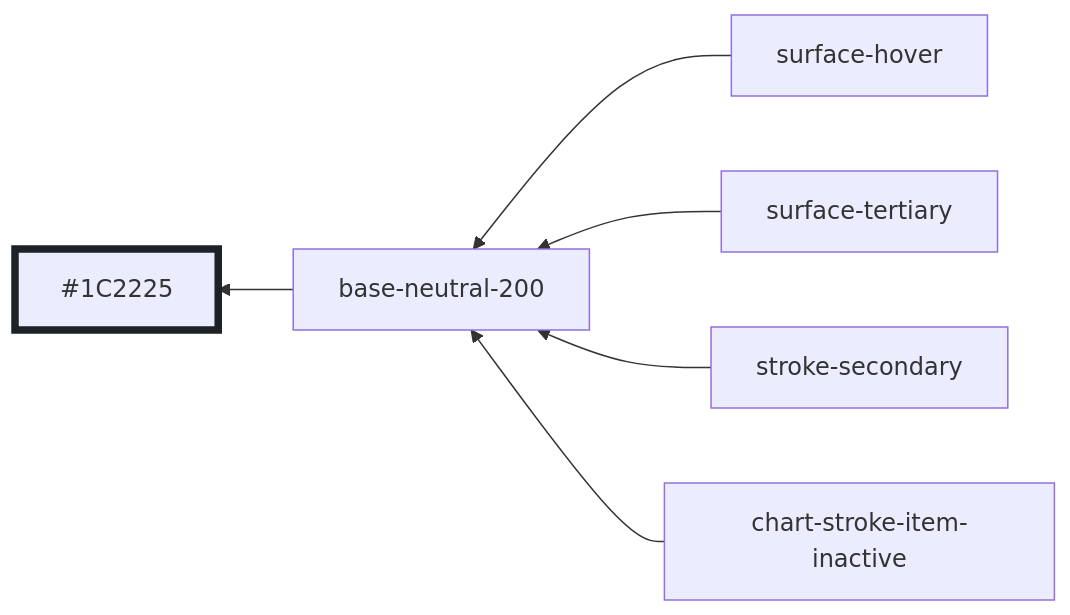
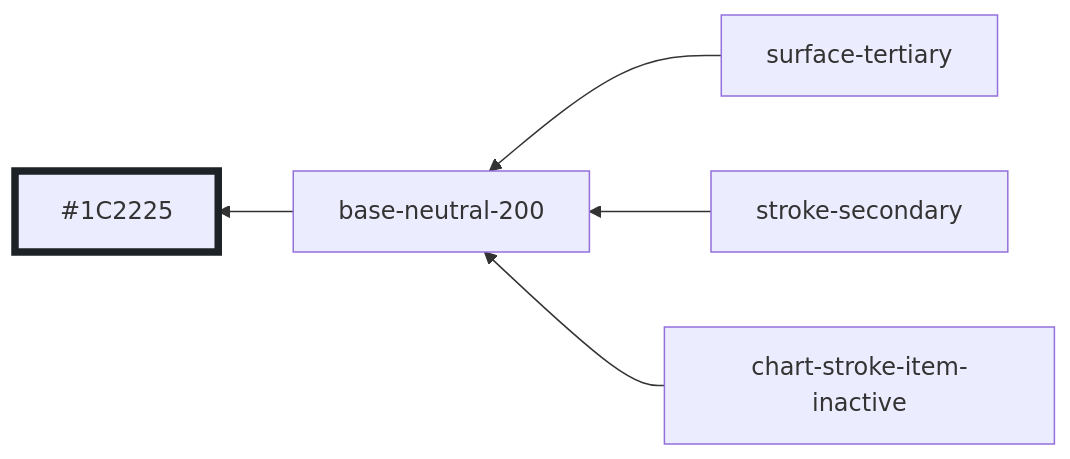
Diagram 44 of 51 in styles/dist/blue.md (oxidecomputer/design-system), drawn with Mermaid before and after one commit. The commit also changed other lines of this file and 8 other files, not shown here.

````diff
--- a/styles/dist/blue.md
+++ b/styles/dist/blue.md
@@ -512,10 +512,9 @@
 ```mermaid
 graph RL
   base-neutral-200 --> #1C2225:::base-neutral-200
-  surface-hover --> base-neutral-200
   surface-tertiary --> base-neutral-200
   stroke-secondary --> base-neutral-200
   chart-stroke-item-inactive --> base-neutral-200
 
 	classDef base-neutral-200 stroke-width:5,stroke:#1C2225
 ```
````
